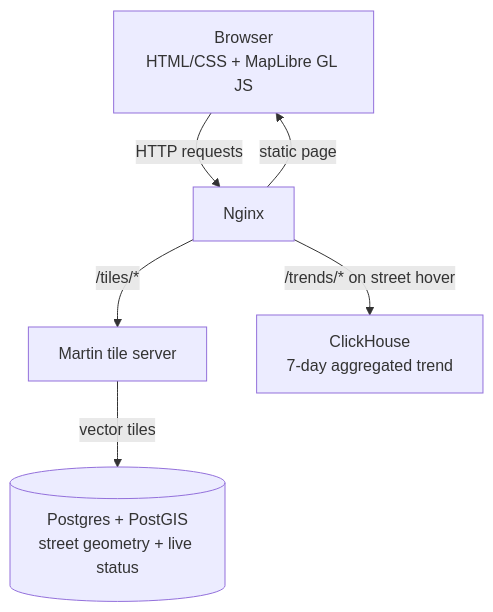
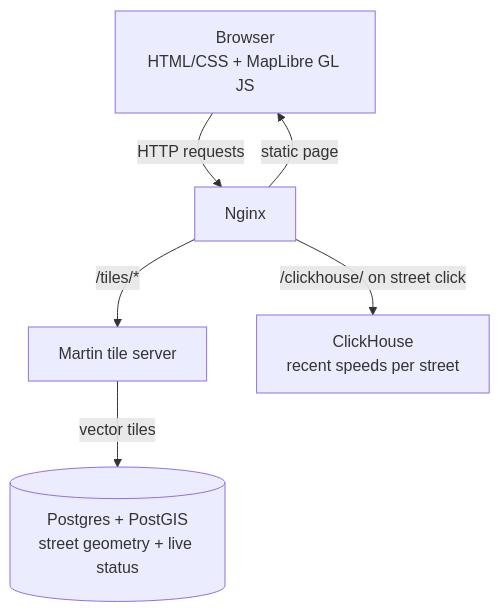
One commit to km1368/geostream-maps changed the second of 3 diagrams in README.md. Above: the diagram before and after it, drawn with Mermaid. The commit also changed other lines of this file and 7 other files, not shown here.

````diff
--- a/README.md
+++ b/README.md
@@ -42,8 +42,8 @@
 ```mermaid
 flowchart TD
     U["Browser<br/>HTML/CSS + MapLibre GL JS"] -->|"HTTP requests"| NG["Nginx"]
     NG -->|"static page"| U
     NG -->|"/tiles/*"| MA["Martin tile server"]
     MA -->|"vector tiles"| PG[("Postgres + PostGIS<br/>street geometry + live status")]
-    NG -->|"/trends/* on street hover"| CH["ClickHouse<br/>7-day aggregated trend"]
+    NG -->|"/clickhouse/ on street click"| CH["ClickHouse<br/>recent speeds per street"]
 ```
````
